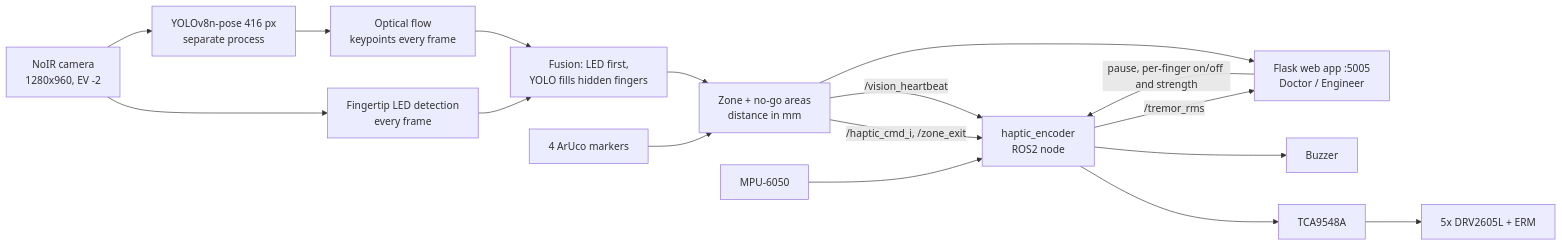
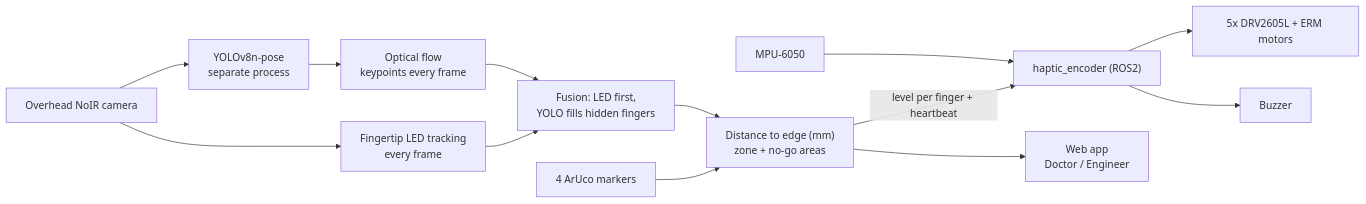
Before and after one commit to JoshuaCho021212/haptic-glove: the diagram in README.md, drawn with Mermaid. The commit also changed other lines of this file and 3 other files, not shown here.

````diff
--- a/README.md
+++ b/README.md
@@ -62,18 +19,15 @@
 ```mermaid
 flowchart LR
-    CAM["NoIR camera<br/>1280x960, EV -2"] --> LED["Fingertip LED detection<br/>every frame"]
-    CAM --> YOLO["YOLOv8n-pose 416 px<br/>separate process"]
+    CAM["Overhead NoIR camera"] --> LED["Fingertip LED tracking<br/>every frame"]
+    CAM --> YOLO["YOLOv8n-pose<br/>separate process"]
     YOLO --> FLOW["Optical flow<br/>keypoints every frame"]
     LED --> FUSE["Fusion: LED first,<br/>YOLO fills hidden fingers"]
     FLOW --> FUSE
-    ARUCO["4 ArUco markers"] --> ZONE["Zone + no-go areas<br/>distance in mm"]
+    ARUCO["4 ArUco markers"] --> ZONE["Distance to edge (mm)<br/>zone + no-go areas"]
     FUSE --> ZONE
-    ZONE -->|/haptic_cmd_i, /zone_exit| ENC["haptic_encoder<br/>ROS2 node"]
-    ZONE -->|/vision_heartbeat| ENC
+    ZONE -->|"level per finger + heartbeat"| ENC["haptic_encoder (ROS2)"]
+    ENC --> DRV["5x DRV2605L + ERM motors"]
+    ENC --> BUZ["Buzzer"]
     IMU["MPU-6050"] --> ENC
-    ENC --> MUX["TCA9548A"] --> DRV["5x DRV2605L + ERM"]
-    ENC --> BUZ["Buzzer"]
-    ENC -->|/tremor_rms| UI
-    ZONE --> UI["Flask web app :5005<br/>Doctor / Engineer"]
-    UI -->|pause, per-finger on/off and strength| ENC
+    ZONE --> UI["Web app<br/>Doctor / Engineer"]
 ```
````
